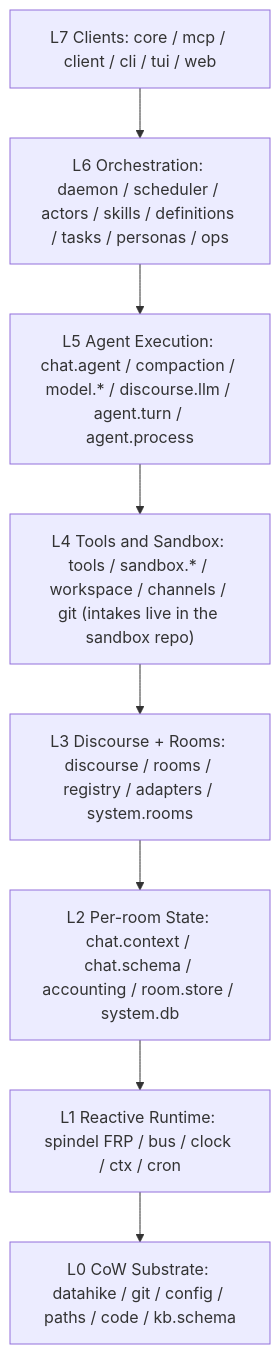
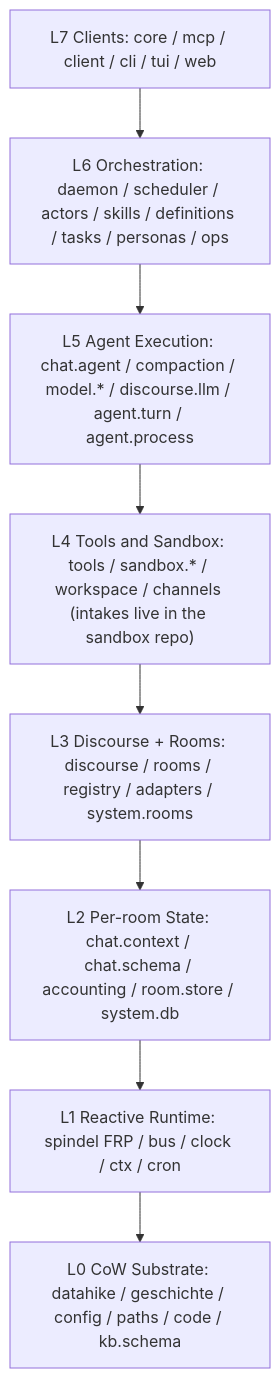
Before and after one commit to replikativ/dvergr: the first of 3 diagrams in doc/architecture.md, drawn with Mermaid. The commit also changed other lines of this file and 71 other files, not shown here.

````diff
--- a/doc/architecture.md
+++ b/doc/architecture.md
@@ -74,12 +83,12 @@
 ```mermaid
 graph TD
   L7["L7 Clients: core / mcp / client / cli / tui / web"]
   L6["L6 Orchestration: daemon / scheduler / actors / skills / definitions / tasks / personas / ops"]
   L5["L5 Agent Execution: chat.agent / compaction / model.* / discourse.llm / agent.turn / agent.process"]
-  L4["L4 Tools and Sandbox: tools / sandbox.* / workspace / channels / git (intakes live in the sandbox repo)"]
+  L4["L4 Tools and Sandbox: tools / sandbox.* / workspace / channels (intakes live in the sandbox repo)"]
   L3["L3 Discourse + Rooms: discourse / rooms / registry / adapters / system.rooms"]
   L2["L2 Per-room State: chat.context / chat.schema / accounting / room.store / system.db"]
   L1["L1 Reactive Runtime: spindel FRP / bus / clock / ctx / cron"]
-  L0["L0 CoW Substrate: datahike / git / config / paths / code / kb.schema"]
+  L0["L0 CoW Substrate: datahike / geschichte / config / paths / code / kb.schema"]
   L7 --> L6 --> L5 --> L4 --> L3 --> L2 --> L1 --> L0
 ```
````
